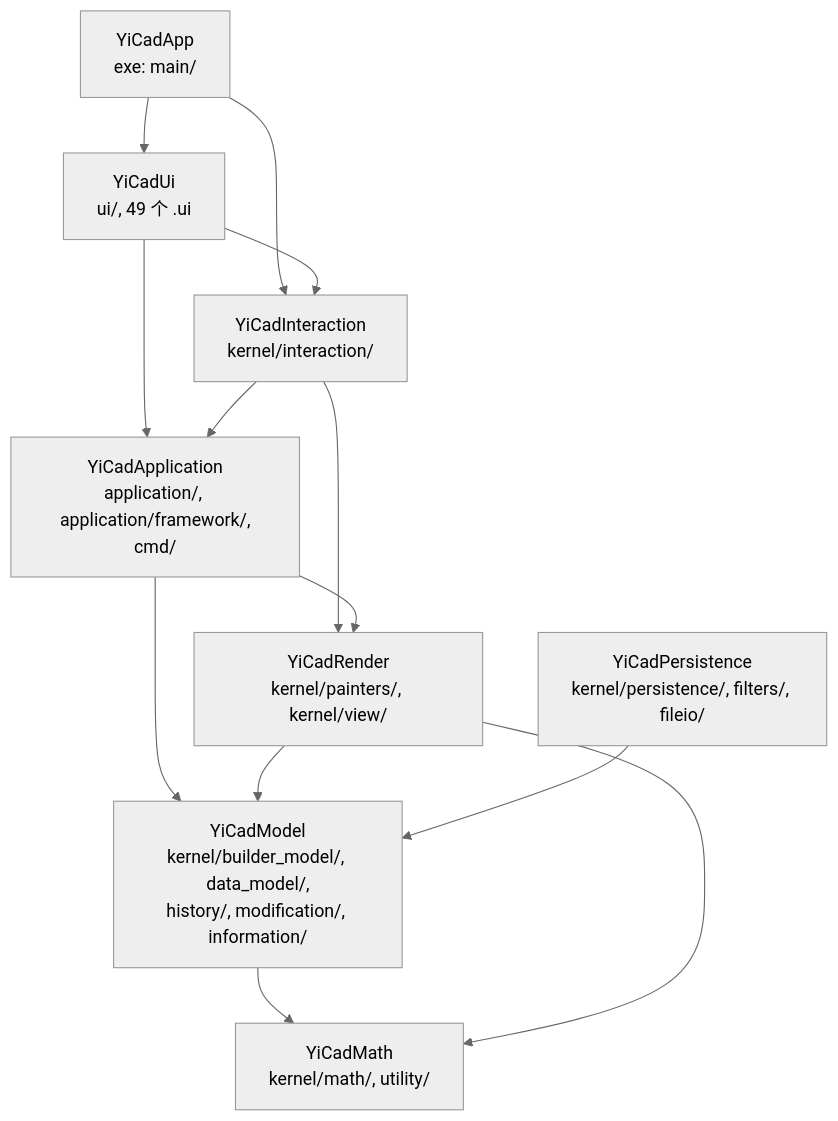
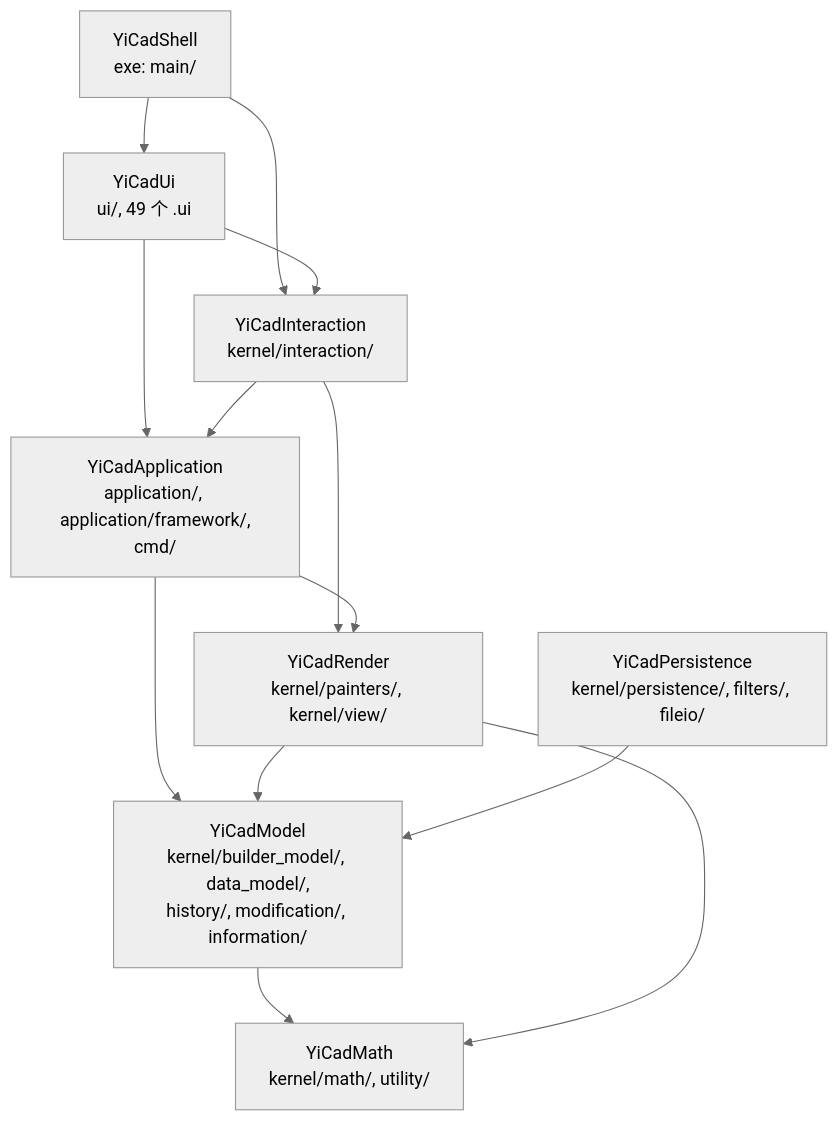
One commit to chicai-18/YiCAD changed the second of 2 diagrams in doc/ARCHITECTURE_EVOLUTION_PLAN.md. Above: the diagram before and after it, drawn with Mermaid (neutral theme). The commit also changed other lines of this file and 2 other files, not shown here.

Commit message:
APP 分区更名 SHELL，避免与 APPLICATION 分区混淆
APP（目标库 YiCadApp）与 APPLICATION（YiCadApplication）、ApplicationWindow
名字相近，读代码时难以分辨。改名后 SHELL 指把各层组装成程序的外壳
（main/、plugin_runtime/、kernel/fileio/），APPLICATION 保持与 DS 的
Application/ 对应，指其下的命令与工具机制。

只改 CMake 分区名、变量名与注释，以及 6.3 节依赖图；更名前的执行记录保留原名。

````diff
--- a/doc/ARCHITECTURE_EVOLUTION_PLAN.md
+++ b/doc/ARCHITECTURE_EVOLUTION_PLAN.md
@@ -564,24 +564,24 @@
 ```mermaid
 flowchart TB
-    App["YiCadApp<br/>exe: main/"]
+    Shell["YiCadShell<br/>exe: main/"]
     Ui["YiCadUi<br/>ui/, 49 个 .ui"]
     Inter["YiCadInteraction<br/>kernel/interaction/"]
     Appl["YiCadApplication<br/>application/, application/framework/,<br/>cmd/"]
     Render["YiCadRender<br/>kernel/painters/, kernel/view/"]
     Persist["YiCadPersistence<br/>kernel/persistence/, filters/, fileio/"]
     Model["YiCadModel<br/>kernel/builder_model/, data_model/,<br/>history/, modification/, information/"]
     Math["YiCadMath<br/>kernel/math/, utility/"]
 
-    App --> Ui
-    App --> Inter
+    Shell --> Ui
+    Shell --> Inter
     Ui --> Inter
     Ui --> Appl
     Inter --> Appl
     Inter --> Render
     Appl --> Render
     Appl --> Model
     Render --> Model
     Persist --> Model
     Model --> Math
     Render --> Math
 ```
````
